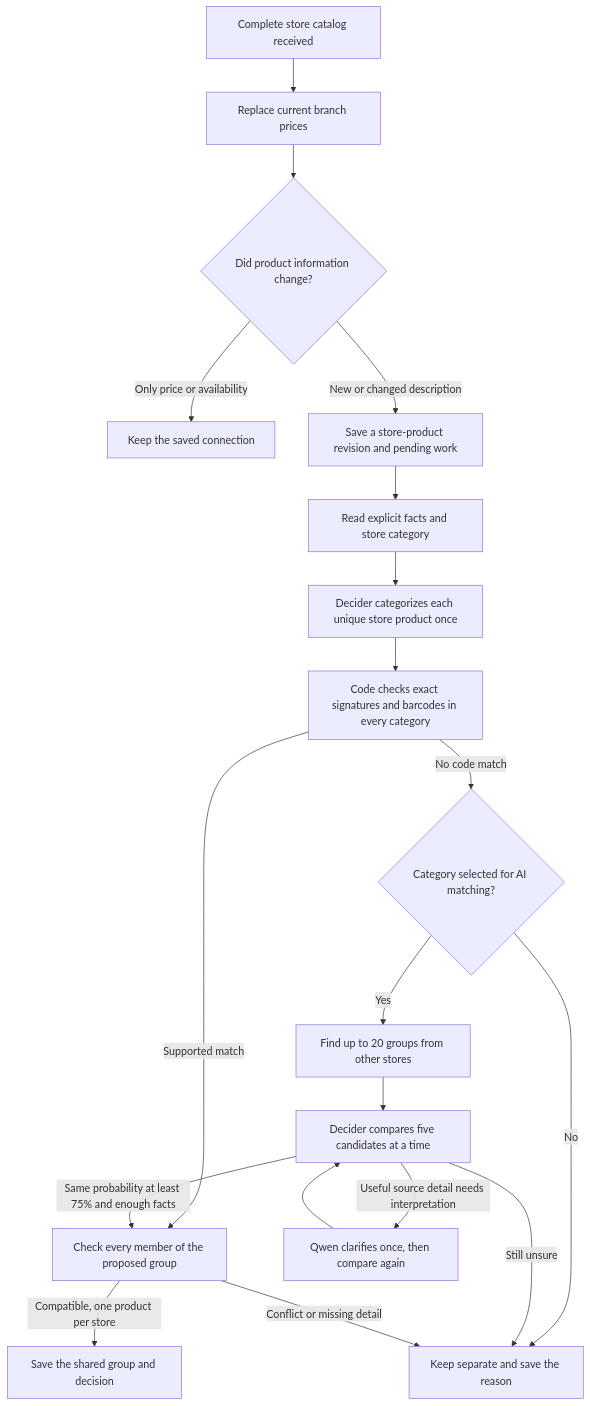
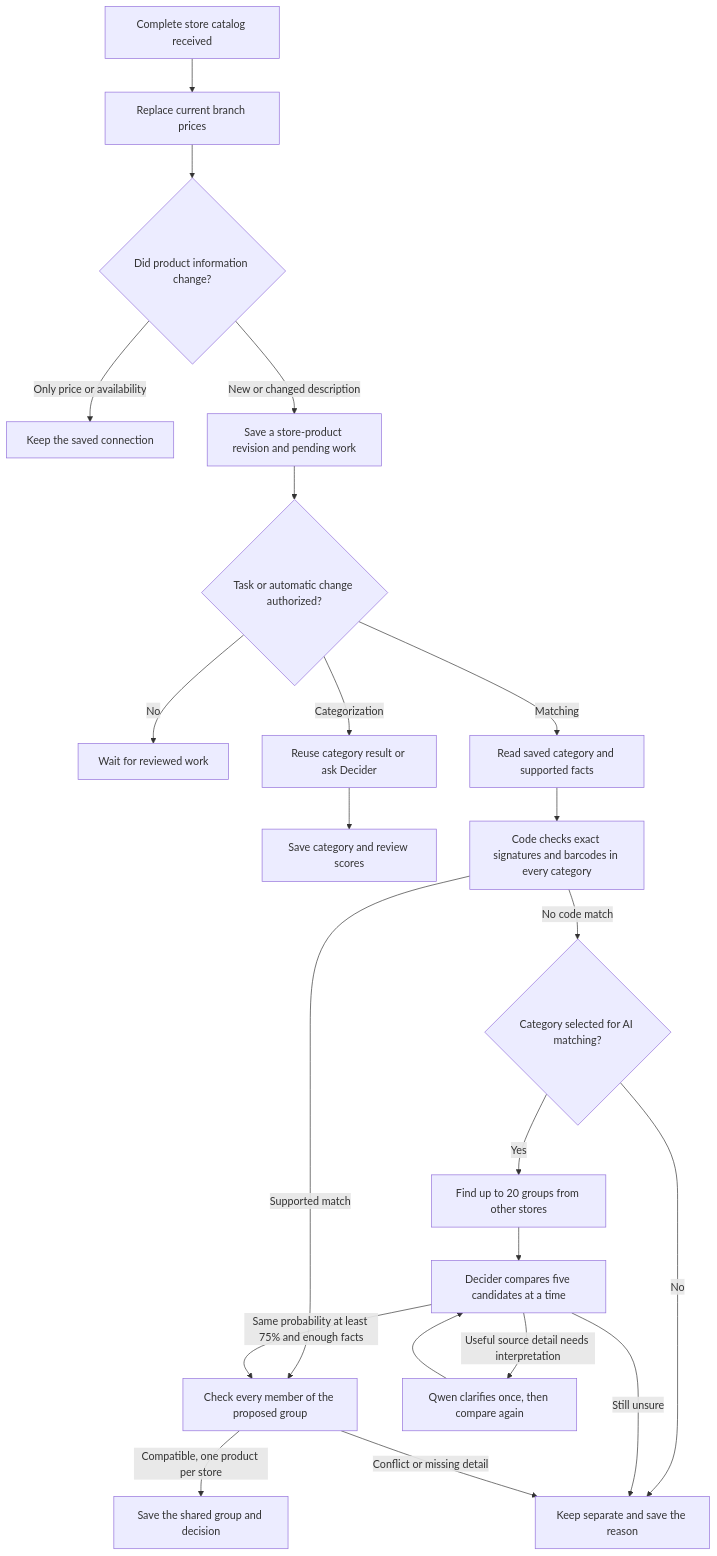
Before and after one commit to gotch27/mkd-price-aggregator: the diagram in docs/matching.md, drawn with Mermaid. The commit also changed other lines of this file and 86 other files, not shown here.

````diff
--- a/docs/matching.md
+++ b/docs/matching.md
@@ -13,21 +28,24 @@
 ```mermaid
 flowchart TD
   A[Complete store catalog received] --> B[Replace current branch prices]
   B --> C{Did product information change?}
   C -->|Only price or availability| D[Keep the saved connection]
   C -->|New or changed description| E[Save a store-product revision and pending work]
-  E --> F[Read explicit facts and store category]
-  F --> G[Decider categorizes each unique store product once]
-  G --> H[Code checks exact signatures and barcodes in every category]
+  E --> P{Task or automatic change authorized?}
+  P -->|No| W[Wait for reviewed work]
+  P -->|Categorization| G[Reuse category result or ask Decider]
+  P -->|Matching| F[Read saved category and supported facts]
+  G --> S[Save category and review scores]
+  F --> H[Code checks exact signatures and barcodes in every category]
   H -->|Supported match| L[Check every member of the proposed group]
   H -->|No code match| I{Category selected for AI matching?}
   I -->|No| N[Keep separate and save the reason]
   I -->|Yes| J[Find up to 20 groups from other stores]
   J --> K[Decider compares five candidates at a time]
   K -->|Same probability at least 75% and enough facts| L
   K -->|Useful source detail needs interpretation| Q[Qwen clarifies once, then compare again]
   Q --> K
   K -->|Still unsure| N
   L -->|Compatible, one product per store| M[Save the shared group and decision]
   L -->|Conflict or missing detail| N[Keep separate and save the reason]
 ```
````
